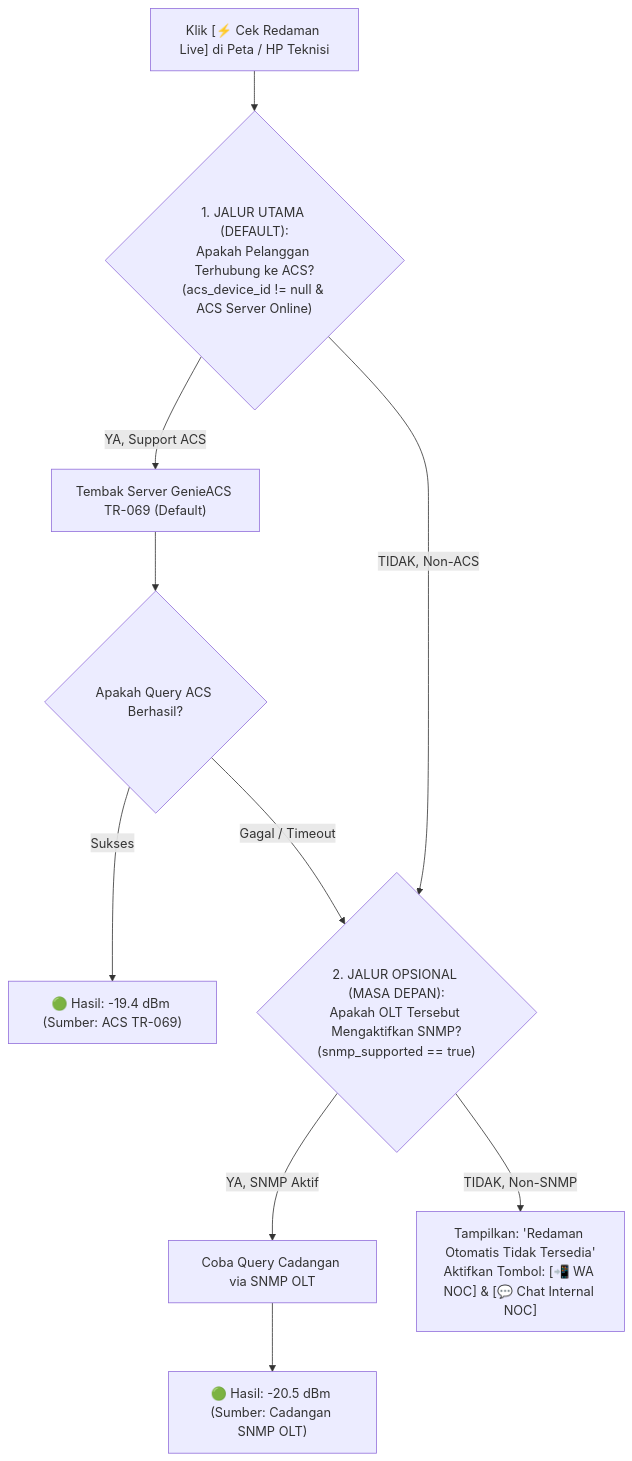
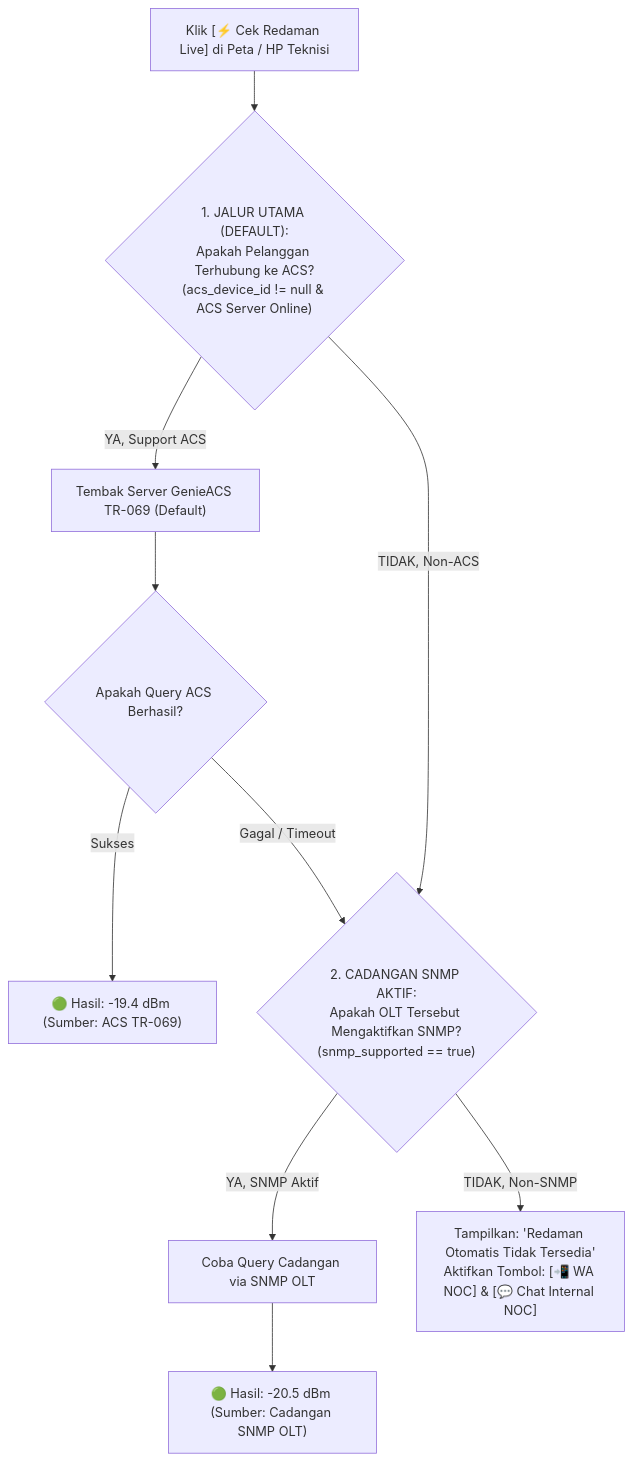
The seventh of 16 diagrams in docs/cara-kerja.md (revroger007/billing-isp-v2), drawn with Mermaid before and after one commit. The commit also changed other lines of this file and 3 other files, not shown here.

````diff
--- a/docs/cara-kerja.md
+++ b/docs/cara-kerja.md
@@ -652,16 +644,16 @@
 ```mermaid
 flowchart TD
     START["Klik [⚡ Cek Redaman Live] di Peta / HP Teknisi"] --> CHECK_ACS{"1. JALUR UTAMA (DEFAULT):\nApakah Pelanggan Terhubung ke ACS?\n(acs_device_id != null & ACS Server Online)"}
 
     CHECK_ACS -->|YA, Support ACS| RUN_ACS["Tembak Server GenieACS TR-069 (Default)"]
     RUN_ACS --> ACS_OK{"Apakah Query ACS Berhasil?"}
     ACS_OK -->|Sukses| SHOW_ACS["🟢 Hasil: -19.4 dBm (Sumber: ACS TR-069)"]
     
-    ACS_OK -->|Gagal / Timeout| CHECK_SNMP_OPTIONAL{"2. JALUR OPSIONAL (MASA DEPAN):\nApakah OLT Tersebut Mengaktifkan SNMP?\n(snmp_supported == true)"}
+    ACS_OK -->|Gagal / Timeout| CHECK_SNMP_OPTIONAL{"2. CADANGAN SNMP AKTIF:\nApakah OLT Tersebut Mengaktifkan SNMP?\n(snmp_supported == true)"}
     CHECK_ACS -->|TIDAK, Non-ACS| CHECK_SNMP_OPTIONAL
 
     CHECK_SNMP_OPTIONAL -->|YA, SNMP Aktif| RUN_SNMP["Coba Query Cadangan via SNMP OLT"]
     RUN_SNMP --> SHOW_SNMP["🟢 Hasil: -20.5 dBm (Sumber: Cadangan SNMP OLT)"]
     
     CHECK_SNMP_OPTIONAL -->|TIDAK, Non-SNMP| MANUAL_FALLBACK["Tampilkan: 'Redaman Otomatis Tidak Tersedia'\nAktifkan Tombol: [📲 WA NOC] & [💬 Chat Internal NOC]"]
 ```
````
